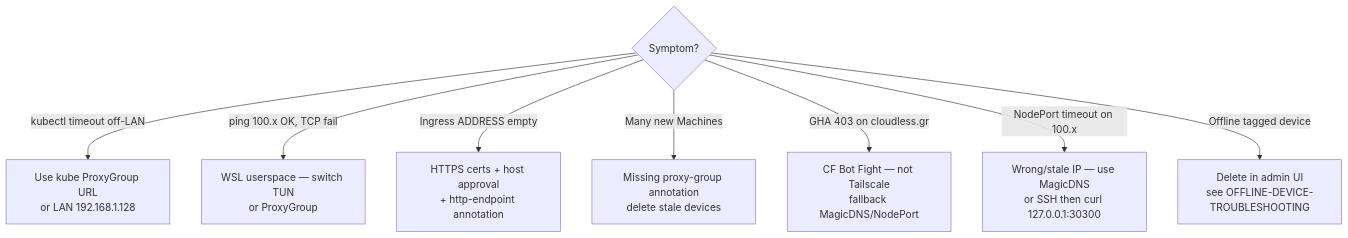
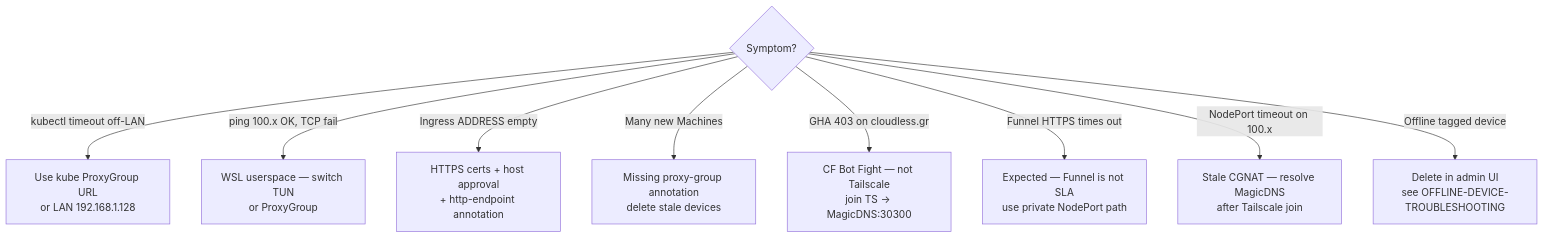
Diagram 11 of 11 in docs/TAILSCALE-FABRIC.md (Themis128/cloudless.gr), drawn with Mermaid before and after one commit. The commit also changed other lines of this file and 2 other files, not shown here.

First line of the commit message:
fix(ops): CI health fallback uses private Tailscale fabric, not Funnel

````diff
--- a/docs/TAILSCALE-FABRIC.md
+++ b/docs/TAILSCALE-FABRIC.md
@@ -389,11 +421,12 @@
 ```mermaid
 flowchart TD
   Q{Symptom?}
   Q -->|kubectl timeout off-LAN| A1[Use kube ProxyGroup URL<br/>or LAN 192.168.1.128]
   Q -->|ping 100.x OK, TCP fail| A2[WSL userspace — switch TUN<br/>or ProxyGroup]
   Q -->|Ingress ADDRESS empty| A3[HTTPS certs + host approval<br/>+ http-endpoint annotation]
   Q -->|Many new Machines| A4[Missing proxy-group annotation<br/>delete stale devices]
-  Q -->|GHA 403 on cloudless.gr| A5[CF Bot Fight — not Tailscale<br/>fallback MagicDNS/NodePort]
-  Q -->|NodePort timeout on 100.x| A6[Wrong/stale IP — use MagicDNS<br/>or SSH then curl 127.0.0.1:30300]
+  Q -->|GHA 403 on cloudless.gr| A5[CF Bot Fight — not Tailscale<br/>join TS → MagicDNS:30300]
+  Q -->|Funnel HTTPS times out| A5b[Expected — Funnel is not SLA<br/>use private NodePort path]
+  Q -->|NodePort timeout on 100.x| A6[Stale CGNAT — resolve MagicDNS<br/>after Tailscale join]
   Q -->|Offline tagged device| A7[Delete in admin UI<br/>see OFFLINE-DEVICE-TROUBLESHOOTING]
 ```
````
